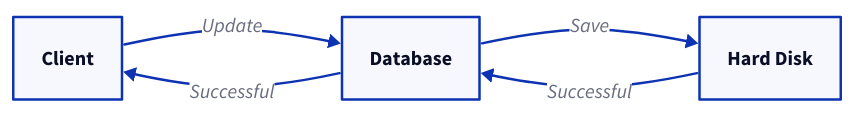
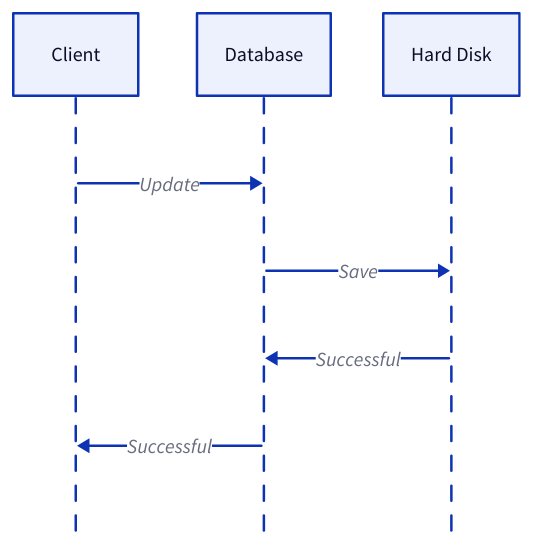
One commit to link1905/system-design-101 changed the first of 5 diagrams in content/docs/system-administration/system-recovery.md. Above: the diagram before and after it, drawn with D2. The commit also changed other lines of this file and 49 other files, not shown here.

````diff
--- a/content/docs/system-administration/system-recovery.md
+++ b/content/docs/system-administration/system-recovery.md
@@ -75,16 +75,16 @@
 ```d2
-direction: right
+shape: sequence_diagram
 c: Client {
   class: client
 }
 d: Database {
   class: db
 }
 h: Hard Disk {
   class: hd
 }
 c -> d: Update
 d -> h: Save
 h -> d: Successful
 d -> c: Successful
 ```
````
